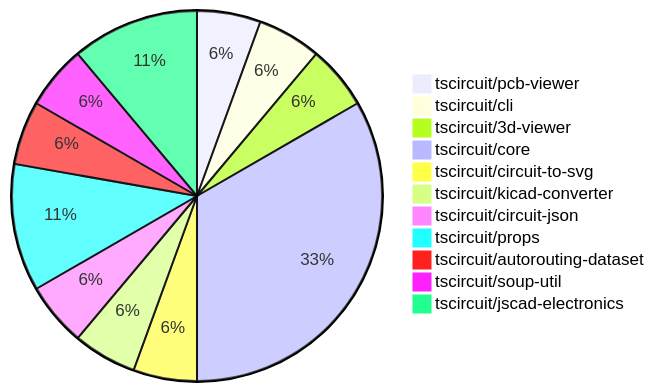
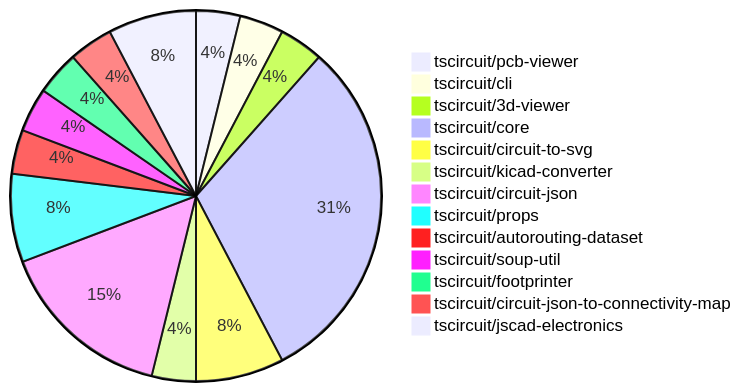
One commit to tscircuit/contribution-tracker changed the diagram in contribution-overviews/2024-09-21.md. Above: the diagram before and after it, drawn with Mermaid. The commit also changed other lines of this file and 1 other file, not shown here.

````diff
--- a/contribution-overviews/2024-09-21.md
+++ b/contribution-overviews/2024-09-21.md
@@ -5,14 +5,16 @@
 ```mermaid
 pie
     "tscircuit/pcb-viewer" : 1
     "tscircuit/cli" : 1
     "tscircuit/3d-viewer" : 1
-    "tscircuit/core" : 6
-    "tscircuit/circuit-to-svg" : 1
+    "tscircuit/core" : 8
+    "tscircuit/circuit-to-svg" : 2
     "tscircuit/kicad-converter" : 1
-    "tscircuit/circuit-json" : 1
+    "tscircuit/circuit-json" : 4
     "tscircuit/props" : 2
     "tscircuit/autorouting-dataset" : 1
     "tscircuit/soup-util" : 1
+    "tscircuit/footprinter" : 1
+    "tscircuit/circuit-json-to-connectivity-map" : 1
     "tscircuit/jscad-electronics" : 2
 ```
````
